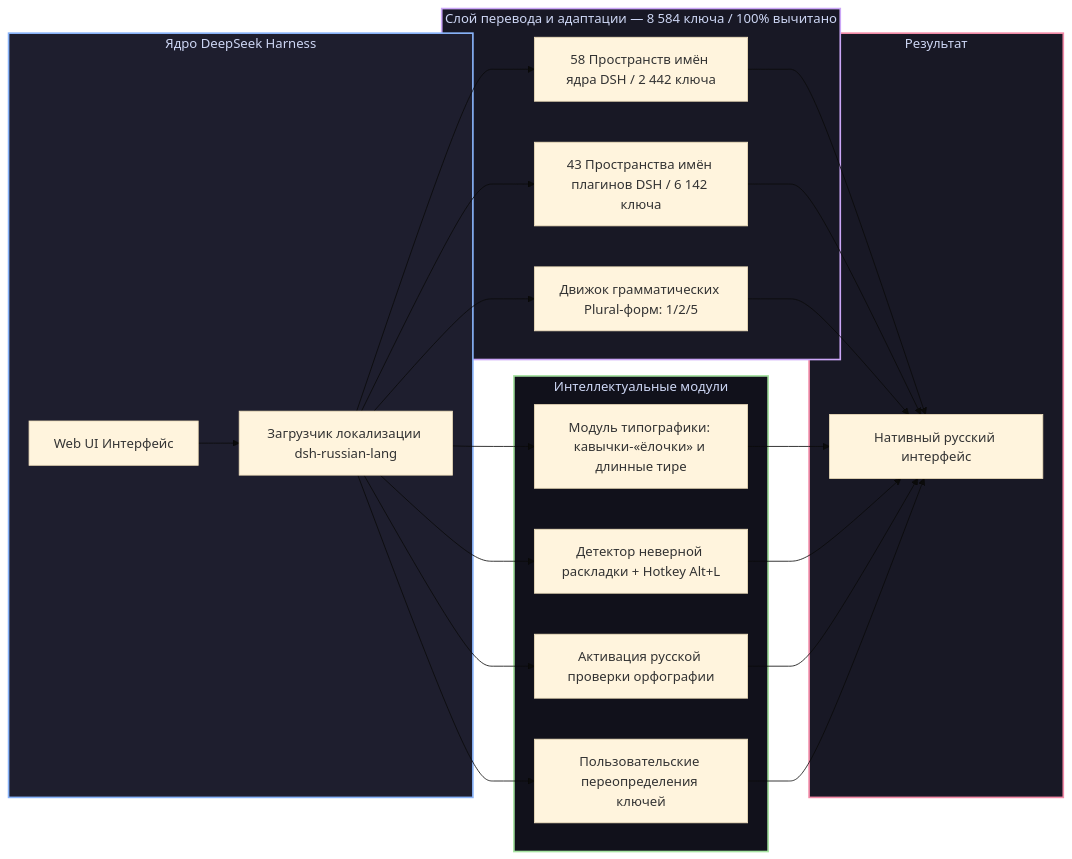
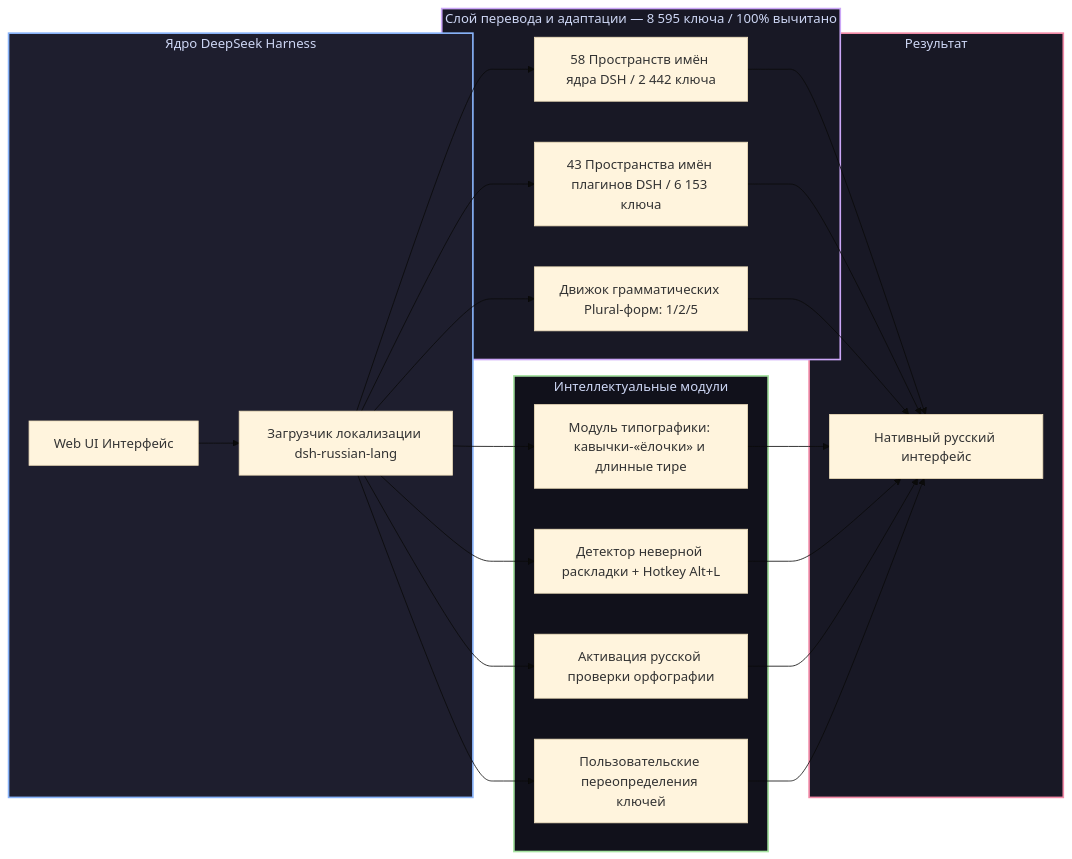
One commit to GooDAnDReaDY/dsh-russian-lang changed the diagram in README.md. Above: the diagram before and after it, drawn with Mermaid (base theme). The commit also changed other lines of this file and 7 other files, not shown here.

````diff
--- a/README.md
+++ b/README.md
@@ -49,34 +49,34 @@
 ```mermaid
 graph LR
     subgraph DSHCore [Ядро DeepSeek Harness]
         DSH[Web UI Интерфейс] --> Loader[Загрузчик локализации dsh-russian-lang]
     end
 
-    subgraph TranslationLayer [Слой перевода и адаптации — 8 584 ключа / 100% вычитано]
+    subgraph TranslationLayer [Слой перевода и адаптации — 8 595 ключа / 100% вычитано]
         Loader --> CoreDict[58 Пространств имён ядра DSH / 2 442 ключа]
-        Loader --> PluginDict[43 Пространства имён плагинов DSH / 6 142 ключа]
+        Loader --> PluginDict[43 Пространства имён плагинов DSH / 6 153 ключа]
         Loader --> PluralEngine[Движок грамматических Plural-форм: 1/2/5]
     end
 
     subgraph SmartFeatures [Интеллектуальные модули]
         Loader --> Typo[Модуль типографики: кавычки-«ёлочки» и длинные тире]
         Loader --> LayoutFix[Детектор неверной раскладки + Hotkey Alt+L]
         Loader --> Spell[Активация русской проверки орфографии]
         Loader --> Overrides[Пользовательские переопределения ключей]
     end
 
     subgraph Result [Результат]
         CoreDict --> NativeUI[Нативный русский интерфейс]
         PluginDict --> NativeUI
         PluralEngine --> NativeUI
         Typo --> NativeUI
         LayoutFix --> NativeUI
         Spell --> NativeUI
         Overrides --> NativeUI
     end
 
     style DSHCore fill:#1e1e2e,stroke:#89b4fa,stroke-width:2px,color:#cdd6f4
     style TranslationLayer fill:#181825,stroke:#cba6f7,stroke-width:2px,color:#cdd6f4
     style SmartFeatures fill:#11111b,stroke:#a6e3a1,stroke-width:2px,color:#cdd6f4
     style Result fill:#181825,stroke:#f38ba8,stroke-width:2px,color:#cdd6f4
 ```
````
